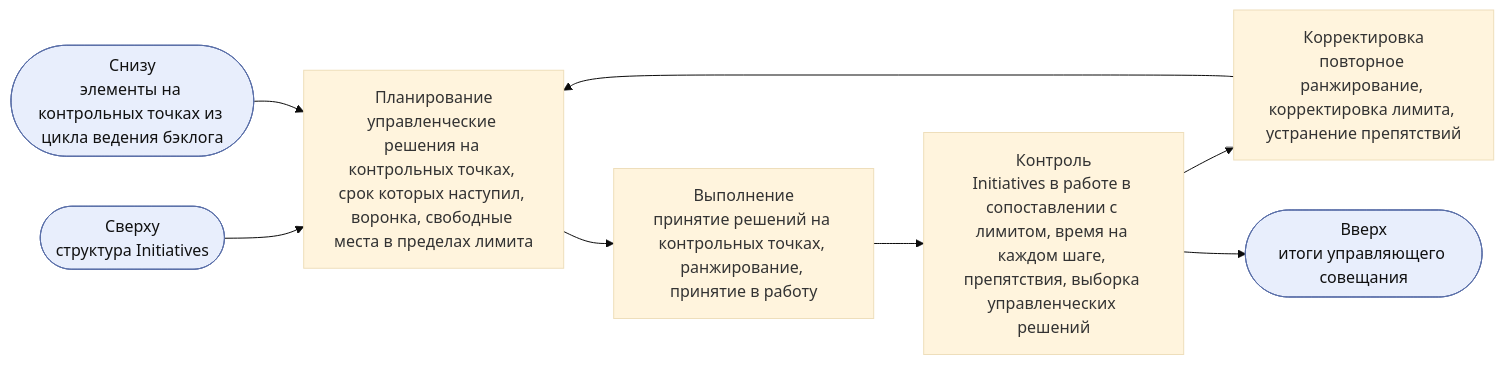
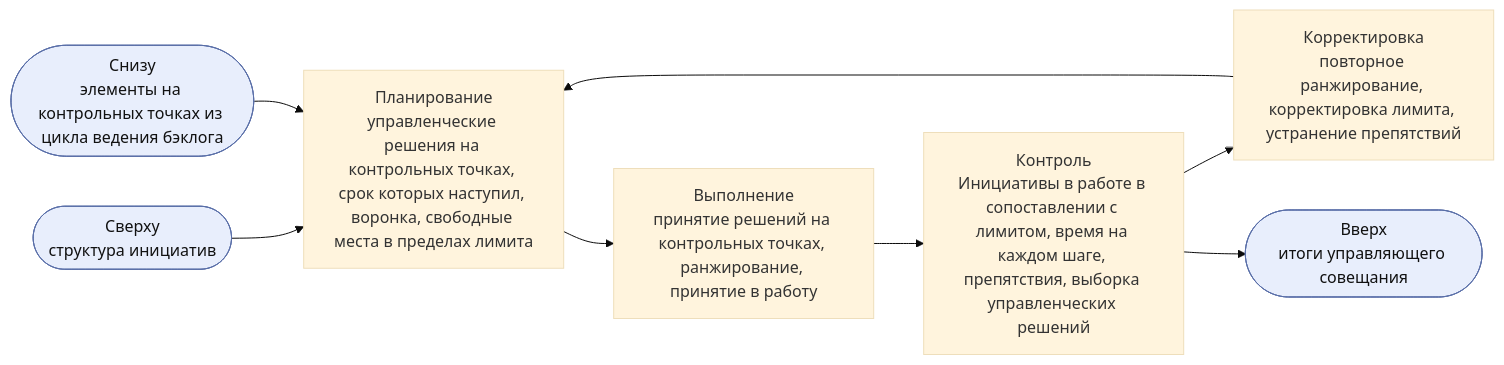
One commit to devhogu/ob-aicc changed the third of 8 diagrams in charter/ru/documents/portfolio-management-model.md. Above: the diagram before and after it, drawn with Mermaid (base theme). The commit also changed other lines of this file and 150 other files, not shown here.

````diff
--- a/charter/ru/documents/portfolio-management-model.md
+++ b/charter/ru/documents/portfolio-management-model.md
@@ -97,8 +97,8 @@
 ```mermaid
 flowchart LR
-  IN(["Сверху<br/>структура Initiatives"]):::iface --> P
-  P["Планирование<br/>управленческие решения на контрольных точках, срок которых наступил, воронка, свободные места в пределах лимита"] --> D["Выполнение<br/>принятие решений на контрольных точках, ранжирование, принятие в работу"] --> C["Контроль<br/>Initiatives в работе в сопоставлении с лимитом, время на каждом шаге, препятствия, выборка управленческих решений"] --> A["Корректировка<br/>повторное ранжирование, корректировка лимита, устранение препятствий"] --> P
+  IN(["Сверху<br/>структура инициатив"]):::iface --> P
+  P["Планирование<br/>управленческие решения на контрольных точках, срок которых наступил, воронка, свободные места в пределах лимита"] --> D["Выполнение<br/>принятие решений на контрольных точках, ранжирование, принятие в работу"] --> C["Контроль<br/>Инициативы в работе в сопоставлении с лимитом, время на каждом шаге, препятствия, выборка управленческих решений"] --> A["Корректировка<br/>повторное ранжирование, корректировка лимита, устранение препятствий"] --> P
   EV(["Снизу<br/>элементы на контрольных точках из цикла ведения бэклога"]):::iface --> P
   C --> UP(["Вверх<br/>итоги управляющего совещания"]):::iface
   classDef iface fill:#e8eefc,stroke:#5a6fa8,color:#111
 ```
````
